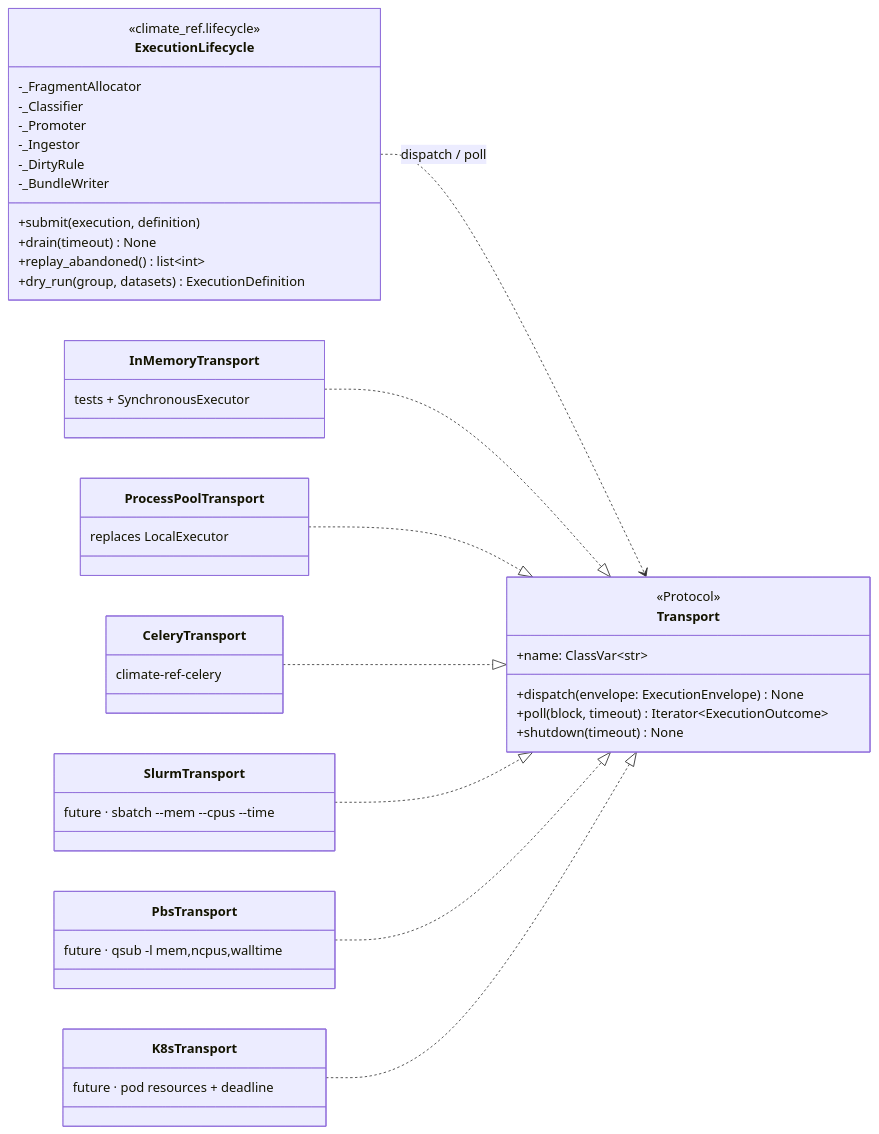
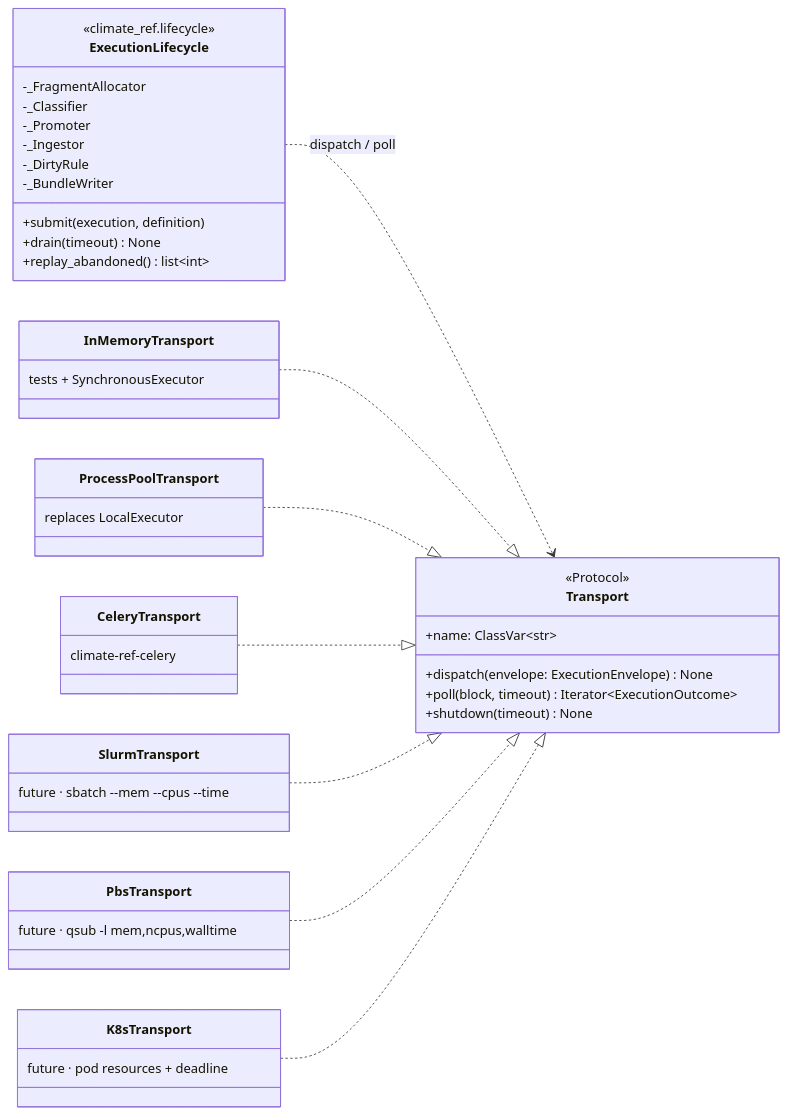
The first of 3 diagrams in text/0003-execution-lifecycle.md (Climate-REF/rfcs), drawn with Mermaid before and after one commit. The commit also changed other lines of this file, not shown here.

First line of the commit message:
rfc(execution-lifecycle): address adversarial review

````diff
--- a/text/0003-execution-lifecycle.md
+++ b/text/0003-execution-lifecycle.md
@@ -63,41 +76,40 @@
 ```mermaid
 classDiagram
     direction LR
 
     class ExecutionLifecycle {
         <<climate_ref.lifecycle>>
         +submit(execution, definition)
         +drain(timeout) None
         +replay_abandoned() list~int~
-        +dry_run(group, datasets) ExecutionDefinition
         -_FragmentAllocator
         -_Classifier
         -_Promoter
         -_Ingestor
         -_DirtyRule
         -_BundleWriter
     }
 
     class Transport {
         <<Protocol>>
         +name: ClassVar~str~
         +dispatch(envelope: ExecutionEnvelope) None
         +poll(block, timeout) Iterator~ExecutionOutcome~
         +shutdown(timeout) None
     }
 
     class InMemoryTransport { tests + SynchronousExecutor }
     class ProcessPoolTransport { replaces LocalExecutor }
     class CeleryTransport { climate-ref-celery }
     class SlurmTransport { future · sbatch --mem --cpus --time }
     class PbsTransport { future · qsub -l mem,ncpus,walltime }
     class K8sTransport { future · pod resources + deadline }
 
     ExecutionLifecycle ..> Transport : dispatch / poll
     InMemoryTransport ..|> Transport
     ProcessPoolTransport ..|> Transport
     CeleryTransport ..|> Transport
     SlurmTransport ..|> Transport
     PbsTransport ..|> Transport
     K8sTransport ..|> Transport
 ```
````
